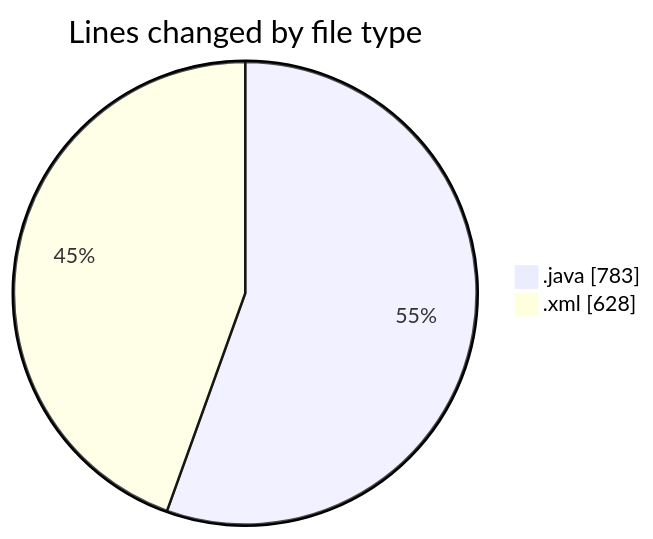
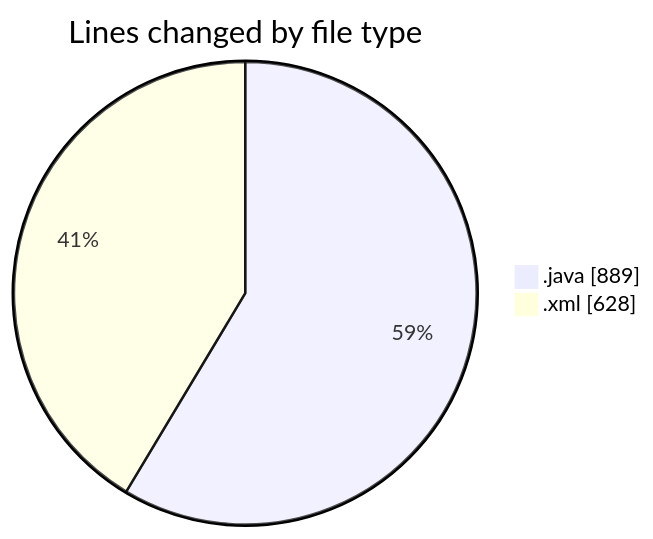
One commit to charlie-sans/code-tracking changed the first of 2 diagrams in 2025-02-26/micros/README.md. Above: the diagram before and after it, drawn with Mermaid. The commit also changed other lines of this file and 1 other file, not shown here.

````diff
--- a/2025-02-26/micros/README.md
+++ b/2025-02-26/micros/README.md
@@ -22,6 +22,6 @@
 ```mermaid
 pie showData
 title Lines changed by file type
-".java" : 783
+".java" : 889
 ".xml" : 628
 ```
````
